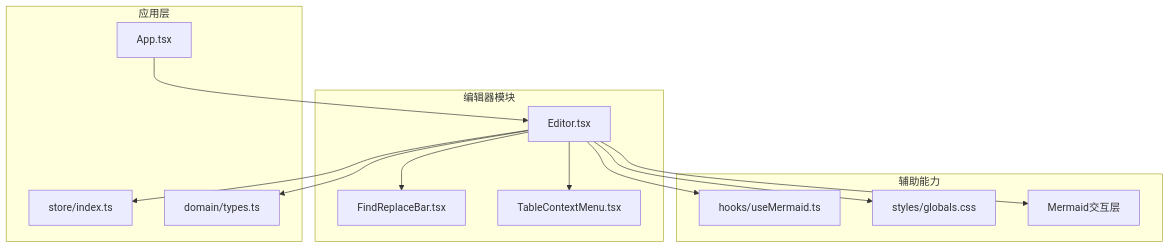
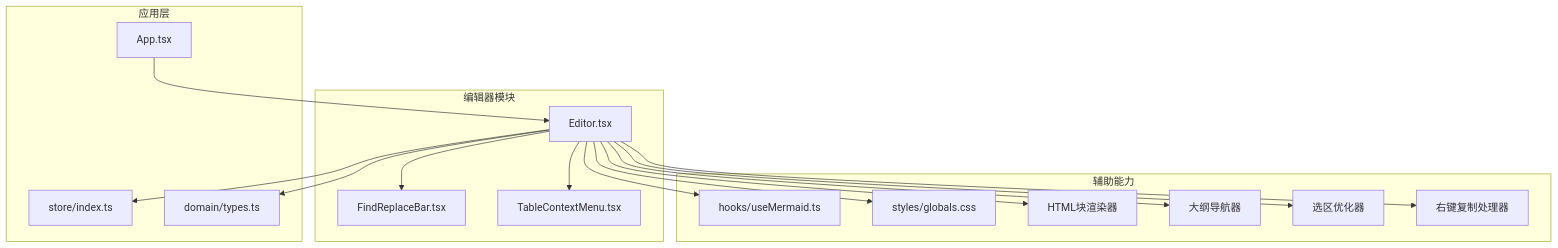
Before and after one commit to gongshiyun/ZenNote: the first of 7 diagrams in .qoder/repowiki/zh/content/核心组件/编辑器组件.md, drawn with Mermaid. The commit also changed other lines of this file and 40 other files, not shown here.

````diff
--- a/.qoder/repowiki/zh/content/核心组件/编辑器组件.md
+++ b/.qoder/repowiki/zh/content/核心组件/编辑器组件.md
@@ -50,26 +54,32 @@
 ```mermaid
 graph TB
 subgraph "编辑器模块"
 E["Editor.tsx"]
 FR["FindReplaceBar.tsx"]
 TCM["TableContextMenu.tsx"]
 end
 subgraph "应用层"
 APP["App.tsx"]
 STORE["store/index.ts"]
 TYPES["domain/types.ts"]
 end
 subgraph "辅助能力"
 MERMAID["hooks/useMermaid.ts"]
 CSS["styles/globals.css"]
-INTERACTIVE["Mermaid交互层"]
+HTMLRENDER["HTML块渲染器"]
+OUTLINENAV["大纲导航器"]
+SELECTIONOPT["选区优化器"]
+RIGHTCLICKCOPY["右键复制处理器"]
 end
 APP --> E
 E --> FR
 E --> TCM
 E --> STORE
 E --> TYPES
 E --> MERMAID
 E --> CSS
-E --> INTERACTIVE
+E --> HTMLRENDER
+E --> OUTLINENAV
+E --> SELECTIONOPT
+E --> RIGHTCLICKCOPY
 ```
````
